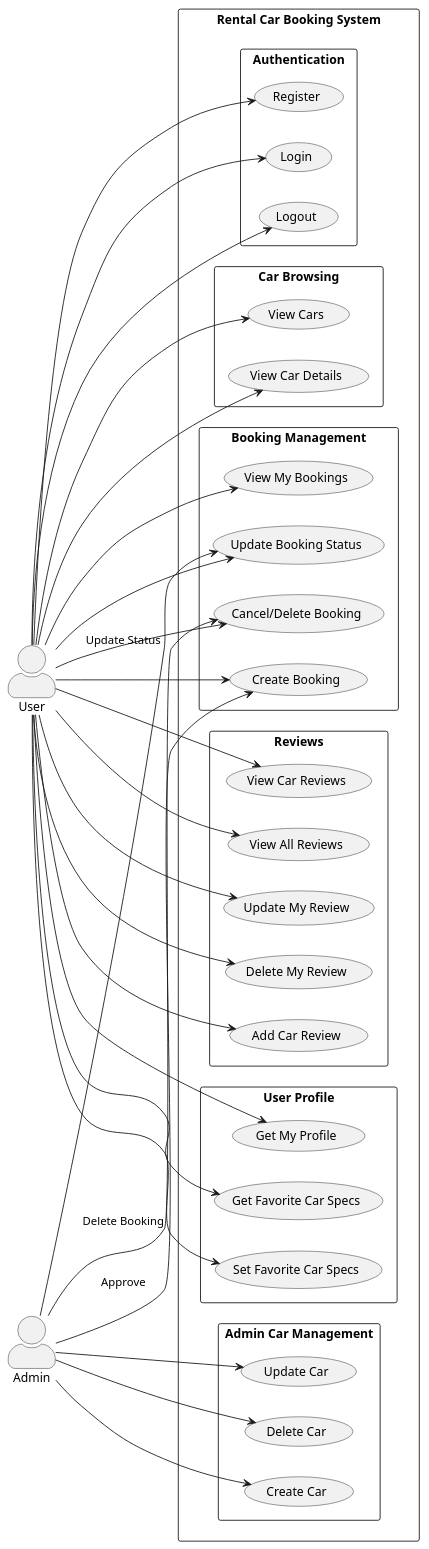
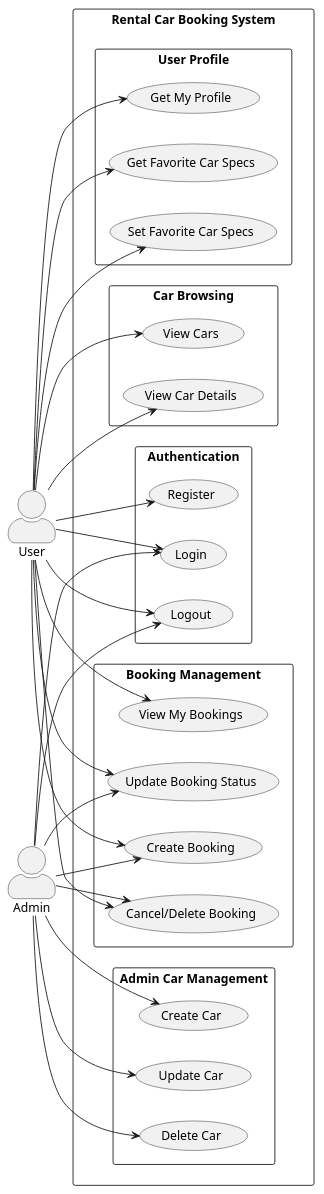
Before and after one commit to tin2003tin/dev-prac-project: the diagram in ีuse-case.puml, drawn with PlantUML. The commit also changed 6 other files, not shown here.

```diff
--- a/ีuse-case.puml
+++ b/ีuse-case.puml
@@ -1,82 +1,71 @@
 @startuml
 left to right direction
-skinparam packageStyle rect
+skinparam packageStyle rectangle
 skinparam actorStyle awesome
 
 actor User as U
 actor Admin as A
 
 rectangle "Rental Car Booking System" {
 
-  package "Authentication" {
-    (Register) as UC1
-    (Login) as UC2
-    (Logout) as UC3
-  }
+    package "Authentication" {
+        (Register) as UC1
+        (Login) as UC2
+        (Logout) as UC3
+    }
 
-  package "Car Browsing" {
-    (View Cars) as UC4
-    (View Car Details) as UC5
-  }
+    package "Car Browsing" {
+        (View Cars) as UC4
+        (View Car Details) as UC5
+    }
 
-  package "Booking Management" {
-    (Create Booking) as UC6
-    (View My Bookings) as UC7
-    (Update Booking Status) as UC8
-    (Cancel/Delete Booking) as UC9
-  }
+    package "Booking Management" {
+        (Create Booking) as UC6
+        (View My Bookings) as UC7
+        (Update Booking Status) as UC8
+        (Cancel/Delete Booking) as UC9
+    }
 
-  package "Reviews" {
-    (Add Car Review) as UC10
-    (View Car Reviews) as UC11
-    (View All Reviews) as UC12
-    (Update My Review) as UC13
-    (Delete My Review) as UC14
-  }
+    package "User Profile" {
+        (Get My Profile) as UC15
+        (Get Favorite Car Specs) as UC16
+        (Set Favorite Car Specs) as UC17
+    }
 
-  package "User Profile" {
-    (Get My Profile) as UC15
-    (Get Favorite Car Specs) as UC16
-    (Set Favorite Car Specs) as UC17
-  }
-
-  package "Admin Car Management" {
-    (Create Car) as UC18
-    (Update Car) as UC19
-    (Delete Car) as UC20
-  }
+    package "Admin Car Management" {
+        (Create Car) as UC18
+        (Update Car) as UC19
+        (Delete Car) as UC20
+    }
 }
 
 ' ---------------- USER ----------------
 U --> UC1
 U --> UC2
 U --> UC3
 
 U --> UC4
 U --> UC5
 
 U --> UC6
 U --> UC7
 U --> UC8
 U --> UC9
 
-U --> UC10
-U --> UC11
-U --> UC12
-U --> UC13
-U --> UC14
-
 U --> UC15
 U --> UC16
 U --> UC17
 
 ' ---------------- ADMIN ----------------
+A --> UC2
+A --> UC3
+
 A --> UC18
 A --> UC19
 A --> UC20
 
-A --> UC6 : "Approve"
-A --> UC8 : "Update Status"
-A --> UC9 : "Delete Booking"
+A --> UC6
+A --> UC8
+A --> UC9
 
 @enduml
```
